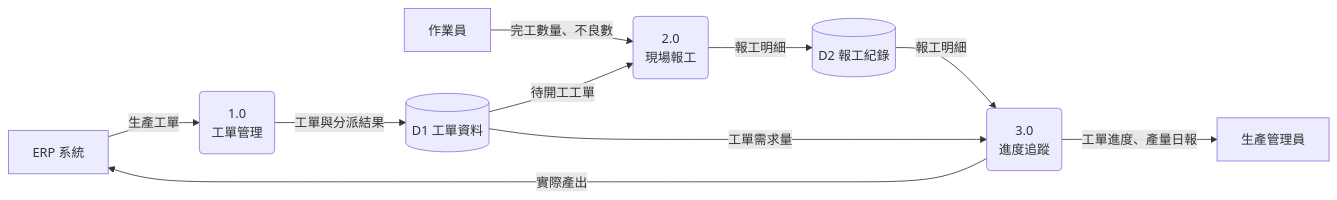
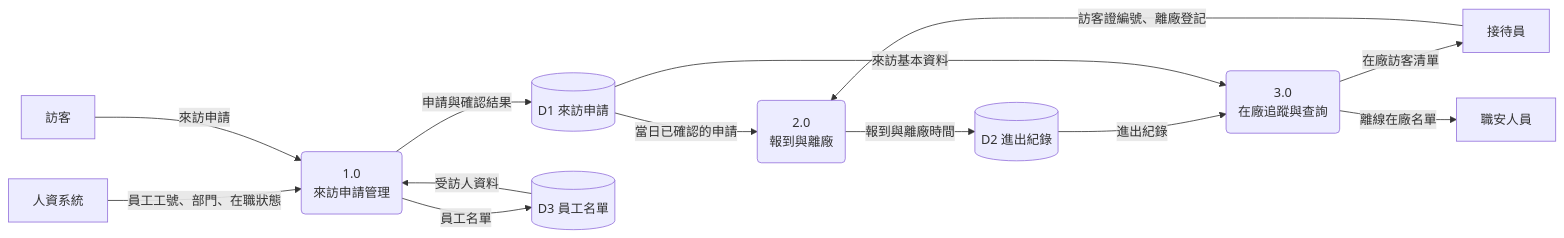
The third of 4 diagrams in 01-Course-Materials/05-Functional-Analysis.md (billy1125/system-analysis-and-design), drawn with Mermaid before and after one commit. The commit also changed other lines of this file and 30 other files, not shown here.

````diff
--- a/01-Course-Materials/05-Functional-Analysis.md
+++ b/01-Course-Materials/05-Functional-Analysis.md
@@ -258,23 +258,28 @@
 ```mermaid
 flowchart LR
-    ERP[ERP 系統]
-    OP[作業員]
-    PC[生產管理員]
+    HR[人資系統]
+    V[訪客]
+    RC[接待員]
+    SF[職安人員]
 
-    P1(1.0<br/>工單管理)
-    P2(2.0<br/>現場報工)
-    P3(3.0<br/>進度追蹤)
+    P1(1.0<br/>來訪申請管理)
+    P2(2.0<br/>報到與離廠)
+    P3(3.0<br/>在廠追蹤與查詢)
 
-    D1[(D1 工單資料)]
-    D2[(D2 報工紀錄)]
+    D1[(D1 來訪申請)]
+    D2[(D2 進出紀錄)]
+    D3[(D3 員工名單)]
 
-    ERP -->|生產工單| P1
-    P1 -->|工單與分派結果| D1
-    D1 -->|待開工工單| P2
-    OP -->|完工數量、不良數| P2
-    P2 -->|報工明細| D2
-    D2 -->|報工明細| P3
-    D1 -->|工單需求量| P3
-    P3 -->|工單進度、產量日報| PC
-    P3 -->|實際產出| ERP
+    HR -->|員工工號、部門、在職狀態| P1
+    P1 -->|員工名單| D3
+    V -->|來訪申請| P1
+    P1 -->|申請與確認結果| D1
+    D1 -->|當日已確認的申請| P2
+    D3 -->|受訪人資料| P1
+    RC -->|訪客證編號、離廠登記| P2
+    P2 -->|報到與離廠時間| D2
+    D2 -->|進出紀錄| P3
+    D1 -->|來訪基本資料| P3
+    P3 -->|在廠訪客清單| RC
+    P3 -->|離線在廠名單| SF
 ```
````
